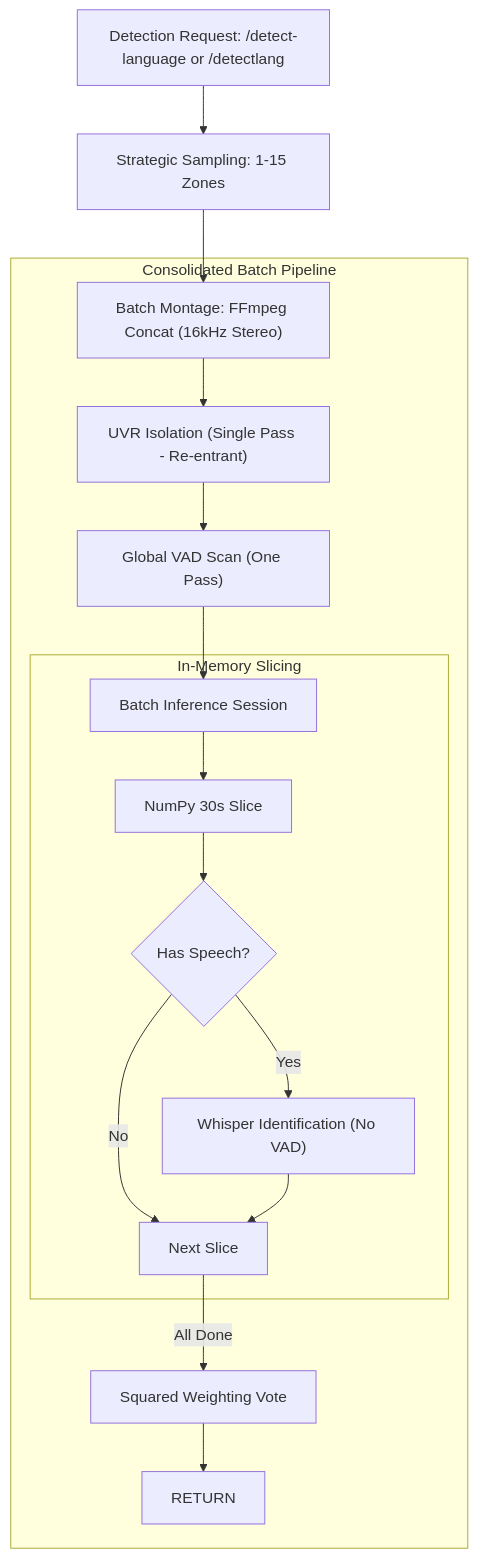
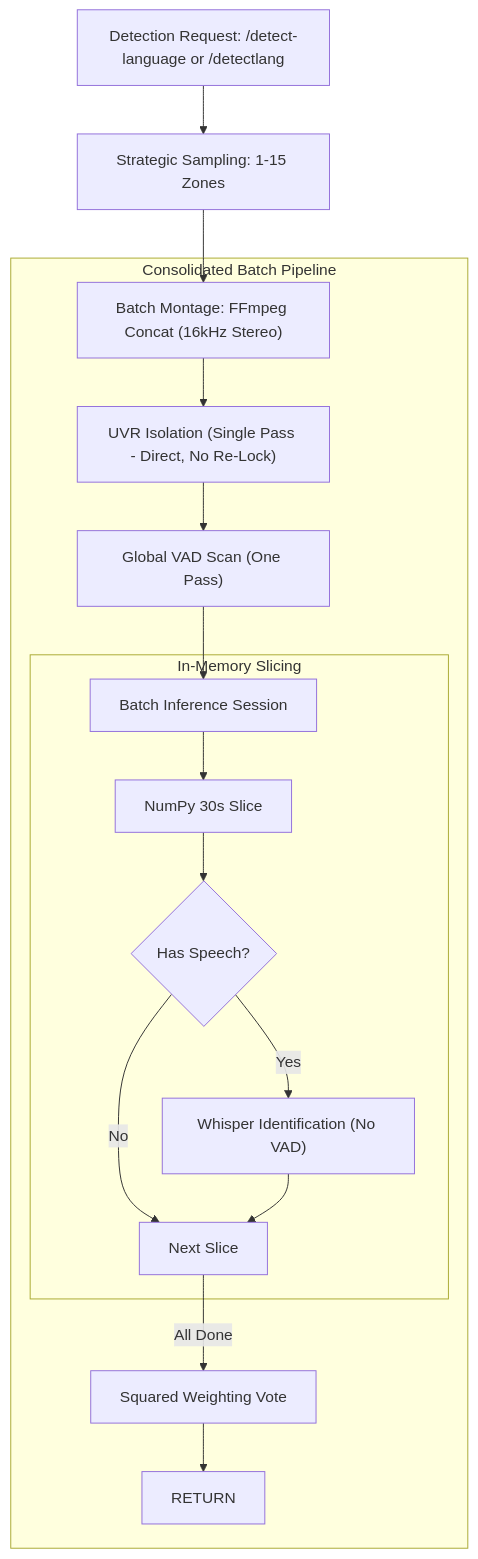
The third of 5 diagrams in docs/ARCHITECTURE.md (ventura8/Whisper-Pro-ASR), drawn with Mermaid before and after one commit. The commit also changed other lines of this file and 44 other files, not shown here.

````diff
--- a/docs/ARCHITECTURE.md
+++ b/docs/ARCHITECTURE.md
@@ -107,22 +107,22 @@
 ```mermaid
 graph TD
     START["Detection Request: /detect-language or /detectlang"] --> SAMPLING["Strategic Sampling: 1-15 Zones"]
     SAMPLING --> MONTAGE["Batch Montage: FFmpeg Concat (16kHz Stereo)"]
     
     subgraph BATCH ["Consolidated Batch Pipeline"]
-    MONTAGE --> ISOLATE["UVR Isolation (Single Pass - Re-entrant)"]
+    MONTAGE --> ISOLATE["UVR Isolation (Single Pass - Direct, No Re-Lock)"]
     ISOLATE --> VAD["Global VAD Scan (One Pass)"]
     VAD --> BATCH_INF["Batch Inference Session"]
     
     subgraph LOOP ["In-Memory Slicing"]
     BATCH_INF --> SLICE["NumPy 30s Slice"]
     SLICE --> SPEECH{"Has Speech?"}
     SPEECH -->|Yes| ID["Whisper Identification (No VAD)"]
     SPEECH -->|No| NEXT["Next Slice"]
     ID --> NEXT
     end
     
     NEXT -->|All Done| VOTE["Squared Weighting Vote"]
     VOTE --> RETURN
     end
 ```
````
